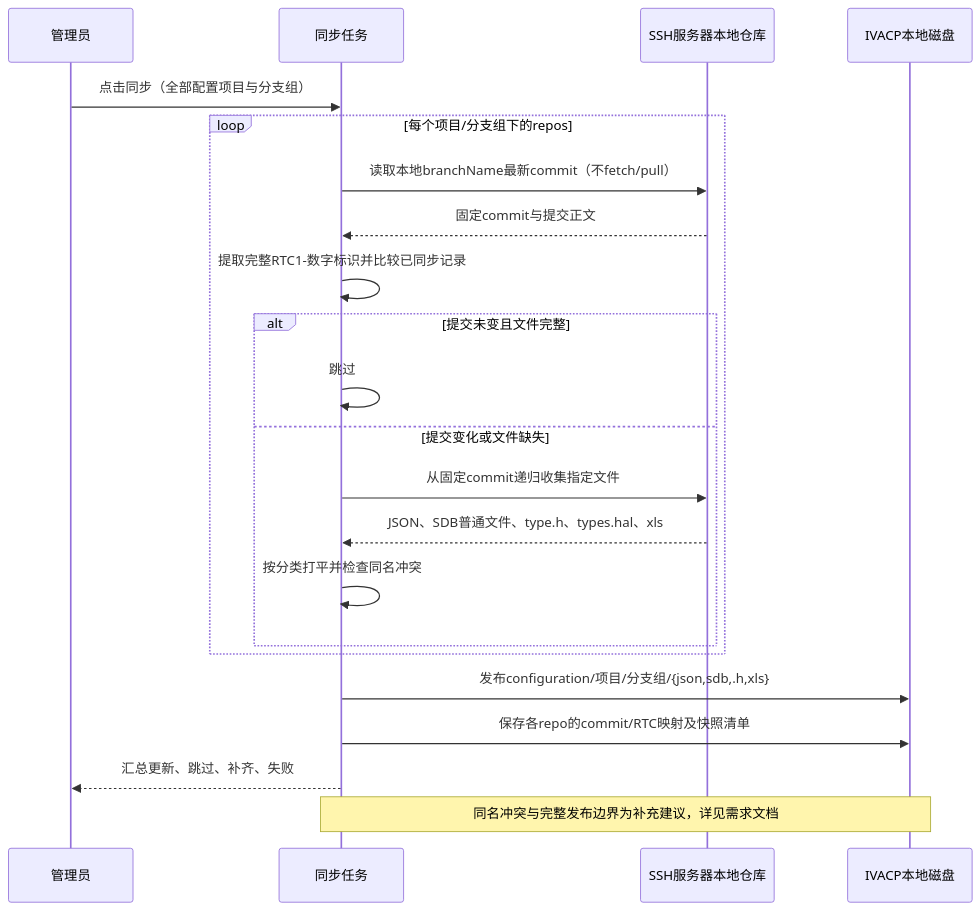
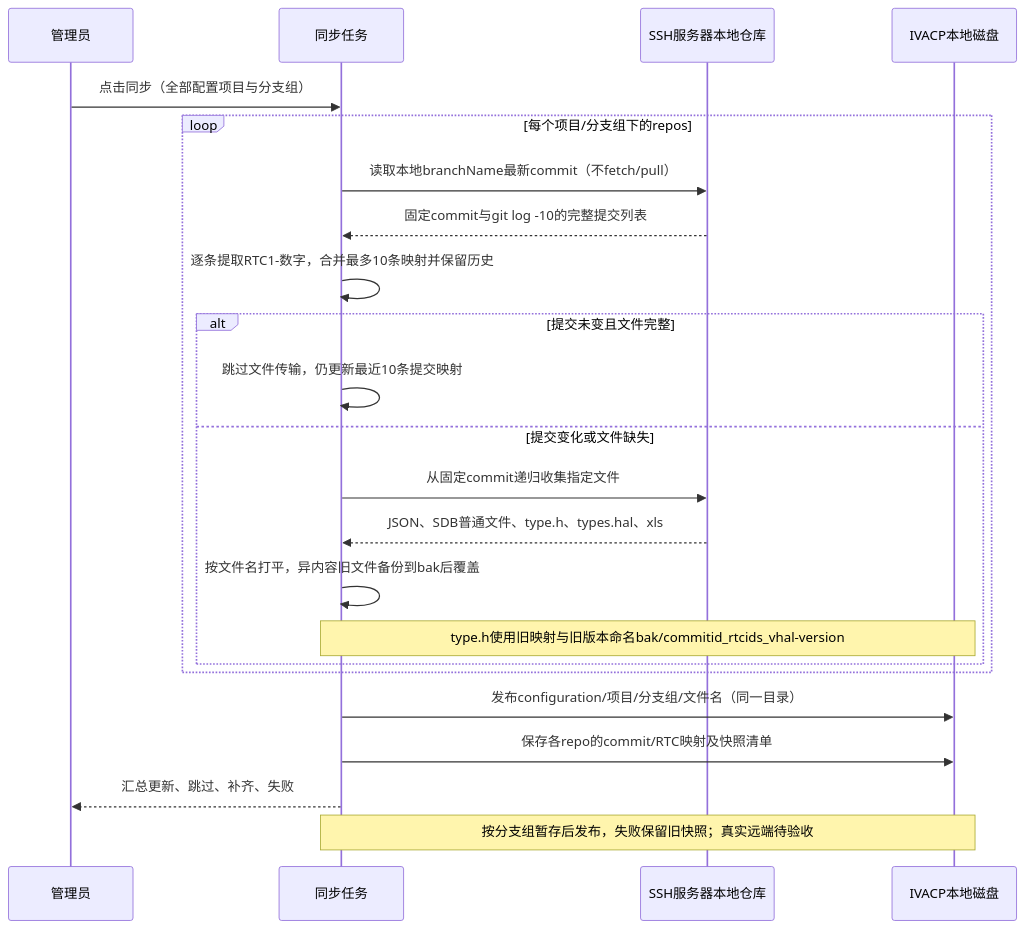
Before and after one commit to h18340637145-blip/ivacp-1: diagram 11 of 12 in docs/SEQUENCE_DIAGRAMS.md, drawn with Mermaid. The commit also changed other lines of this file and 33 other files, not shown here.

````diff
--- a/docs/SEQUENCE_DIAGRAMS.md
+++ b/docs/SEQUENCE_DIAGRAMS.md
@@ -891,24 +891,25 @@
 ```mermaid
 sequenceDiagram
   participant U as 管理员
   participant S as 同步任务
   participant R as SSH服务器本地仓库
   participant L as IVACP本地磁盘
   U->>S: 点击同步（全部配置项目与分支组）
   loop 每个项目/分支组下的repos
     S->>R: 读取本地branchName最新commit（不fetch/pull）
-    R-->>S: 固定commit与提交正文
-    S->>S: 提取完整RTC1-数字标识并比较已同步记录
+    R-->>S: 固定commit与git log -10的完整提交列表
+    S->>S: 逐条提取RTC1-数字，合并最多10条映射并保留历史
     alt 提交未变且文件完整
-      S->>S: 跳过
+      S->>S: 跳过文件传输，仍更新最近10条提交映射
     else 提交变化或文件缺失
       S->>R: 从固定commit递归收集指定文件
       R-->>S: JSON、SDB普通文件、type.h、types.hal、xls
-      S->>S: 按分类打平并检查同名冲突
+      S->>S: 按文件名打平，异内容旧文件备份到bak后覆盖
+      Note over S,L: type.h使用旧映射与旧版本命名bak/commitid_rtcids_vhal-version
     end
   end
-  S->>L: 发布configuration/项目/分支组/{json,sdb,.h,xls}
+  S->>L: 发布configuration/项目/分支组/文件名（同一目录）
   S->>L: 保存各repo的commit/RTC映射及快照清单
   S-->>U: 汇总更新、跳过、补齐、失败
-  Note over S,L: 同名冲突与完整发布边界为补充建议，详见需求文档
+  Note over S,L: 按分支组暂存后发布，失败保留旧快照；真实远端待验收
 ```
````
